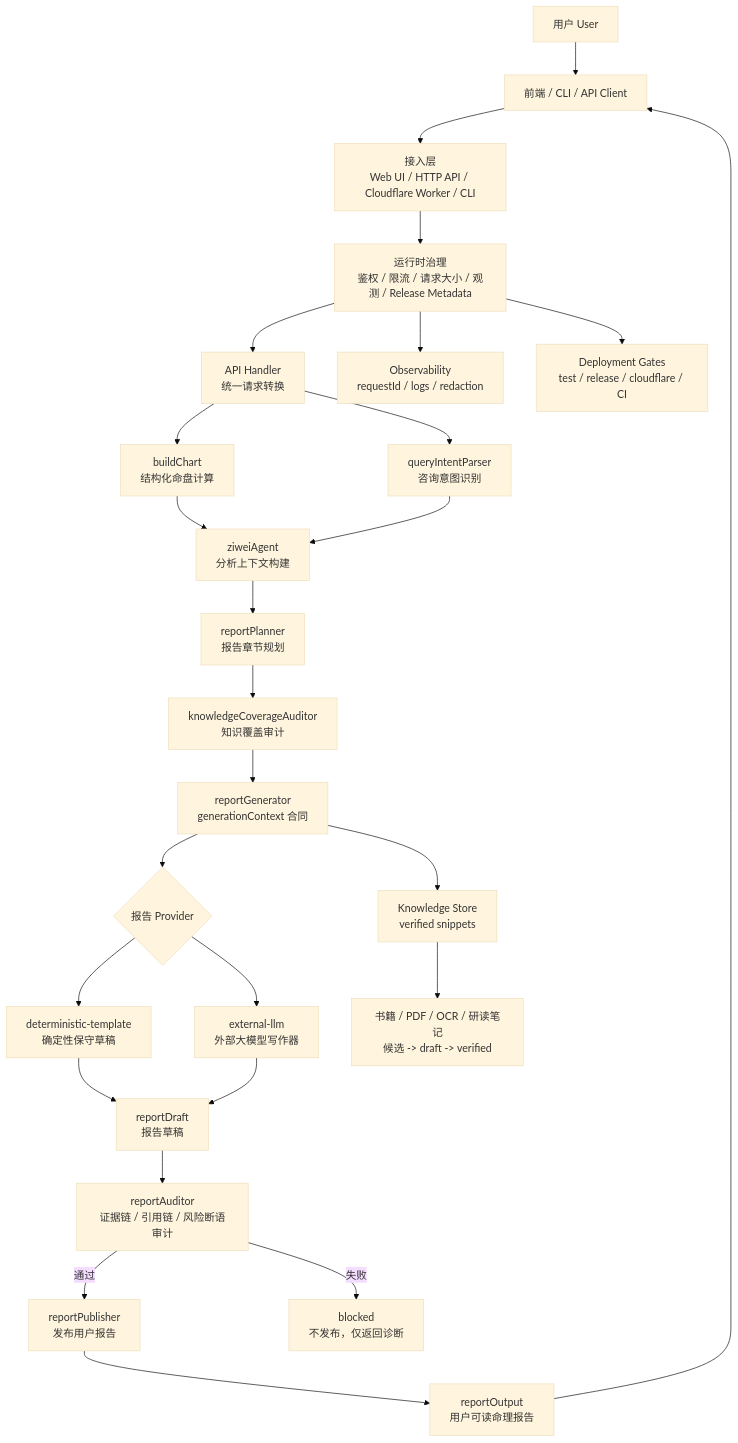
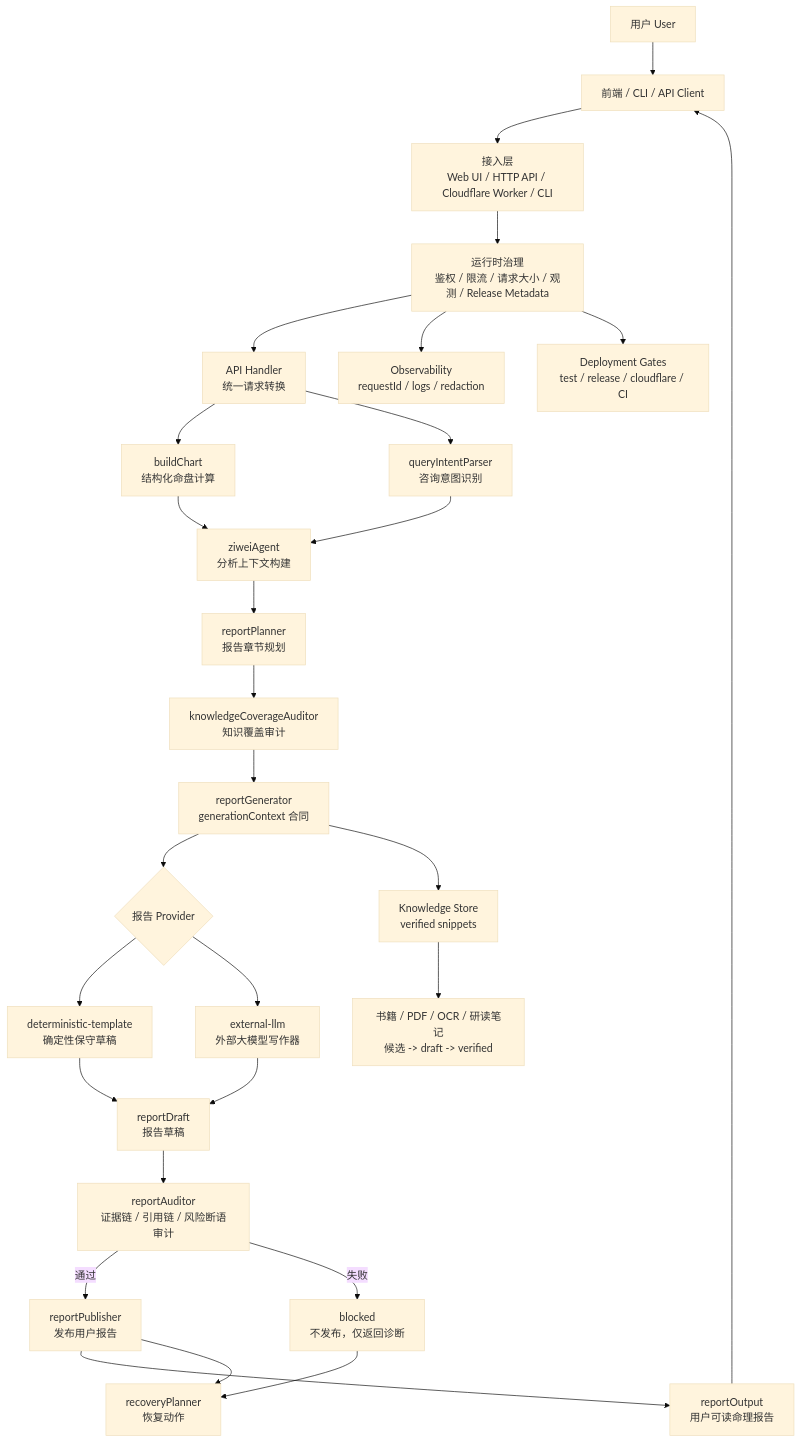
One commit to BlankLife886/ziwei-agent changed the first of 6 diagrams in docs/ZIWEI_AGENT_SYSTEM_ARCHITECTURE.md. Above: the diagram before and after it, drawn with Mermaid (base theme). The commit also changed other lines of this file and 11 other files, not shown here.

Commit message:
Add structured recovery planner

````diff
--- a/docs/ZIWEI_AGENT_SYSTEM_ARCHITECTURE.md
+++ b/docs/ZIWEI_AGENT_SYSTEM_ARCHITECTURE.md
@@ -83,38 +87,40 @@
 ```mermaid
 flowchart TD
     U["用户 User"] --> FE["前端 / CLI / API Client"]
     FE --> ACCESS["接入层<br/>Web UI / HTTP API / Cloudflare Worker / CLI"]
 
     ACCESS --> GATE["运行时治理<br/>鉴权 / 限流 / 请求大小 / 观测 / Release Metadata"]
     GATE --> HANDLER["API Handler<br/>统一请求转换"]
 
     HANDLER --> CHART["buildChart<br/>结构化命盘计算"]
     HANDLER --> INTENT["queryIntentParser<br/>咨询意图识别"]
 
     CHART --> AGENT["ziweiAgent<br/>分析上下文构建"]
     INTENT --> AGENT
 
     AGENT --> PLAN["reportPlanner<br/>报告章节规划"]
     PLAN --> KCHECK["knowledgeCoverageAuditor<br/>知识覆盖审计"]
     KCHECK --> GENCTX["reportGenerator<br/>generationContext 合同"]
 
     GENCTX --> PROVIDER{"报告 Provider"}
     PROVIDER --> DET["deterministic-template<br/>确定性保守草稿"]
     PROVIDER --> LLM["external-llm<br/>外部大模型写作器"]
 
     DET --> DRAFT["reportDraft<br/>报告草稿"]
     LLM --> DRAFT
 
     DRAFT --> AUDIT["reportAuditor<br/>证据链 / 引用链 / 风险断语审计"]
     AUDIT -->|通过| PUB["reportPublisher<br/>发布用户报告"]
     AUDIT -->|失败| BLOCK["blocked<br/>不发布，仅返回诊断"]
+    BLOCK --> RECOVERY["recoveryPlanner<br/>恢复动作"]
 
     PUB --> OUT["reportOutput<br/>用户可读命理报告"]
+    PUB --> RECOVERY
     OUT --> FE
 
     GENCTX --> KBASE["Knowledge Store<br/>verified snippets"]
     KBASE --> SOURCES["书籍 / PDF / OCR / 研读笔记<br/>候选 -> draft -> verified"]
 
     GATE --> OBS["Observability<br/>requestId / logs / redaction"]
     GATE --> DEPLOY["Deployment Gates<br/>test / release / cloudflare / CI"]
 ```
````
